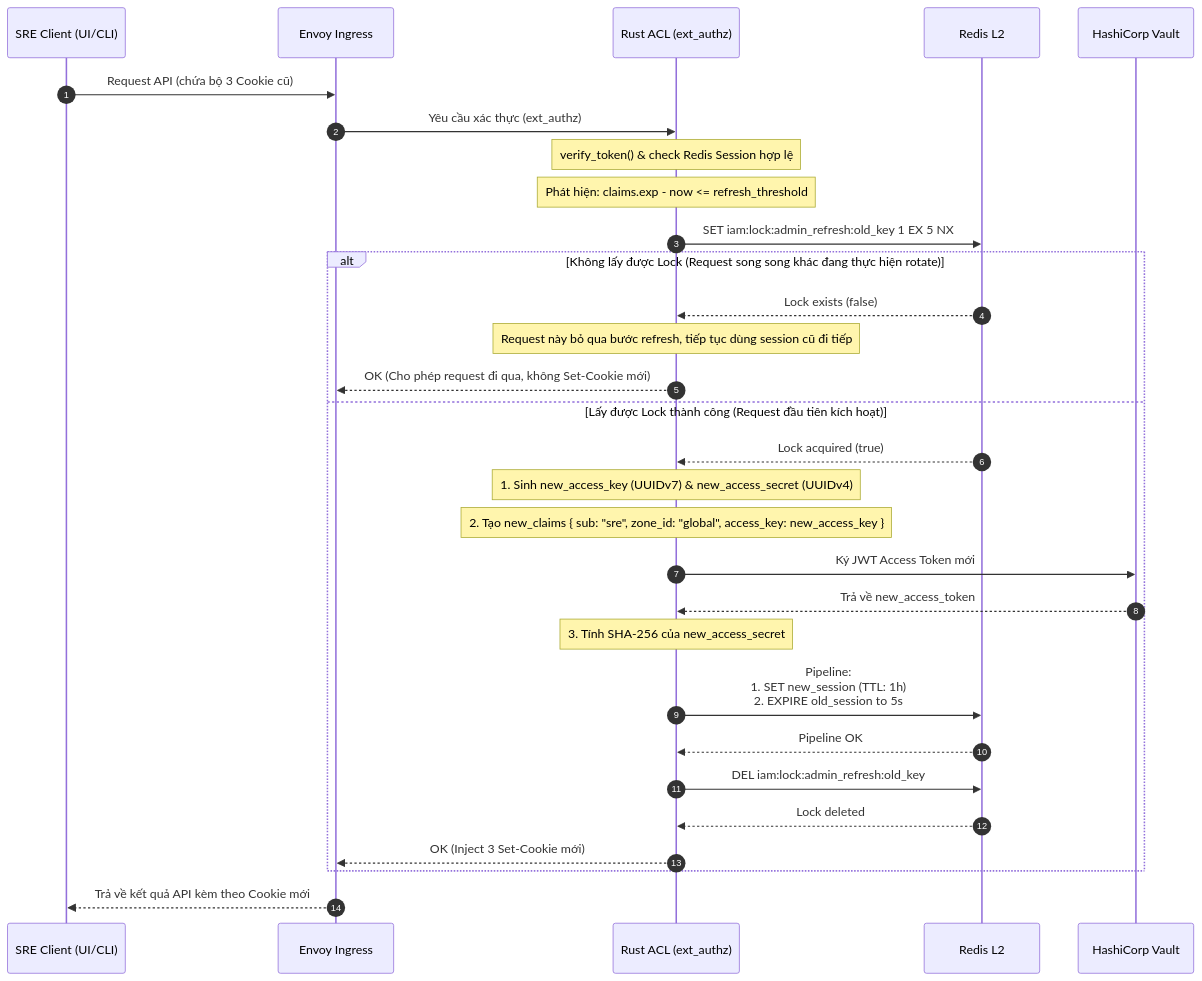
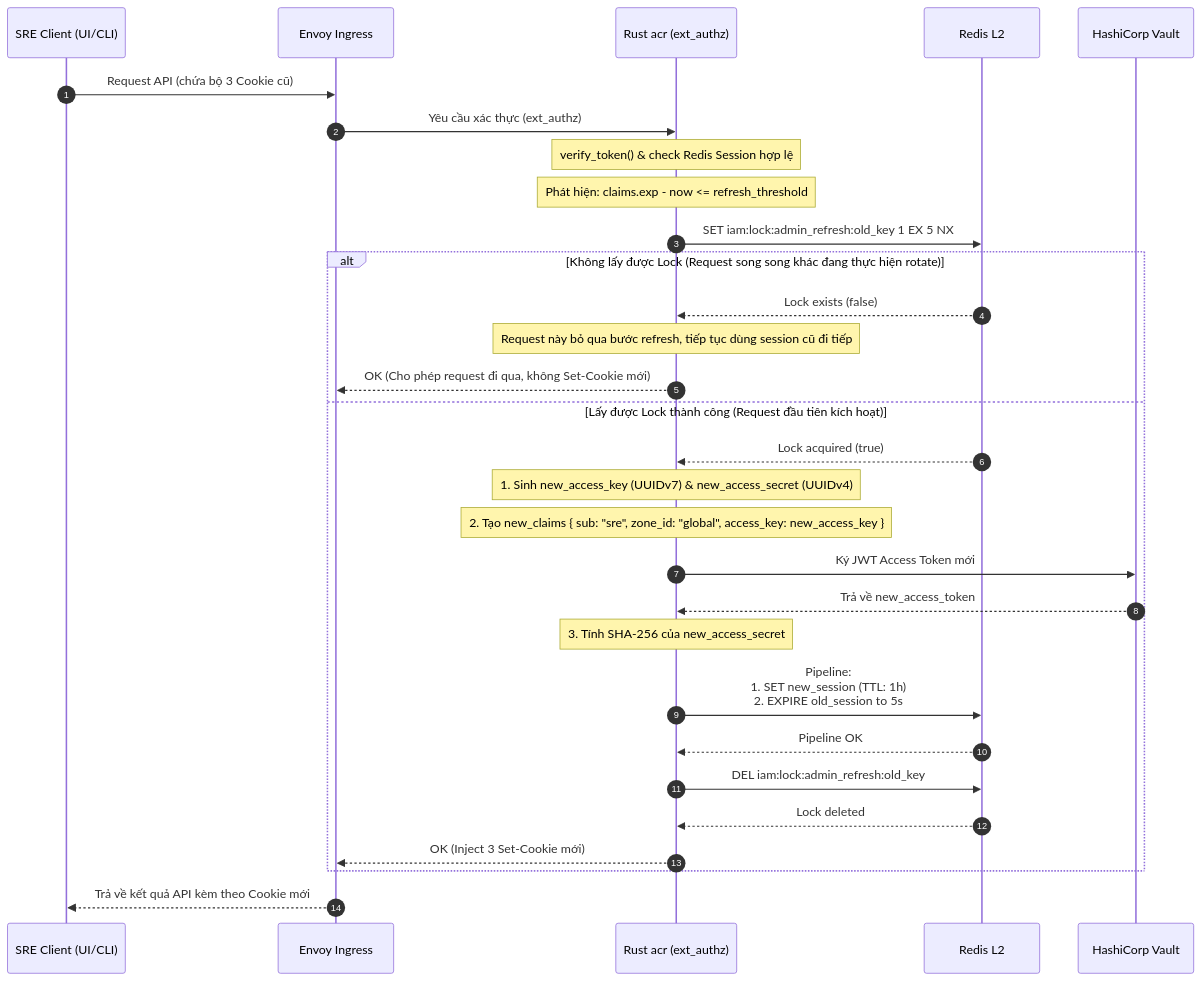
The second of 2 diagrams in god_view/acr/sre_sliding_session_god_view.md (phucle996/aurora), drawn with Mermaid before and after one commit. The commit also changed other lines of this file and 72 other files, not shown here.

````diff
--- a/god_view/acr/sre_sliding_session_god_view.md
+++ b/god_view/acr/sre_sliding_session_god_view.md
@@ -66,41 +66,41 @@
 ```mermaid
 sequenceDiagram
     autonumber
     participant Client as SRE Client (UI/CLI)
     participant Envoy as Envoy Ingress
-    participant ACL as Rust ACL (ext_authz)
+    participant acr as Rust acr (ext_authz)
     participant Redis as Redis L2
     participant Vault as HashiCorp Vault
 
     Client->>Envoy: Request API (chứa bộ 3 Cookie cũ)
-    Envoy->>ACL: Yêu cầu xác thực (ext_authz)
+    Envoy->>acr: Yêu cầu xác thực (ext_authz)
     
-    Note over ACL: verify_token() & check Redis Session hợp lệ
-    Note over ACL: Phát hiện: claims.exp - now <= refresh_threshold
+    Note over acr: verify_token() & check Redis Session hợp lệ
+    Note over acr: Phát hiện: claims.exp - now <= refresh_threshold
     
-    ACL->>Redis: SET iam:lock:admin_refresh:old_key 1 EX 5 NX
+    acr->>Redis: SET iam:lock:admin_refresh:old_key 1 EX 5 NX
     
     alt Không lấy được Lock (Request song song khác đang thực hiện rotate)
-        Redis-->>ACL: Lock exists (false)
-        Note over ACL: Request này bỏ qua bước refresh, tiếp tục dùng session cũ đi tiếp
-        ACL-->>Envoy: OK (Cho phép request đi qua, không Set-Cookie mới)
+        Redis-->>acr: Lock exists (false)
+        Note over acr: Request này bỏ qua bước refresh, tiếp tục dùng session cũ đi tiếp
+        acr-->>Envoy: OK (Cho phép request đi qua, không Set-Cookie mới)
     else Lấy được Lock thành công (Request đầu tiên kích hoạt)
-        Redis-->>ACL: Lock acquired (true)
+        Redis-->>acr: Lock acquired (true)
         
-        Note over ACL: 1. Sinh new_access_key (UUIDv7) & new_access_secret (UUIDv4)
-        Note over ACL: 2. Tạo new_claims { sub: "sre", zone_id: "global", access_key: new_access_key }
-        ACL->>Vault: Ký JWT Access Token mới
-        Vault-->>ACL: Trả về new_access_token
+        Note over acr: 1. Sinh new_access_key (UUIDv7) & new_access_secret (UUIDv4)
+        Note over acr: 2. Tạo new_claims { sub: "sre", zone_id: "global", access_key: new_access_key }
+        acr->>Vault: Ký JWT Access Token mới
+        Vault-->>acr: Trả về new_access_token
         
-        Note over ACL: 3. Tính SHA-256 của new_access_secret
-        ACL->>Redis: Pipeline: <br>1. SET new_session (TTL: 1h) <br>2. EXPIRE old_session to 5s
-        Redis-->>ACL: Pipeline OK
+        Note over acr: 3. Tính SHA-256 của new_access_secret
+        acr->>Redis: Pipeline: <br>1. SET new_session (TTL: 1h) <br>2. EXPIRE old_session to 5s
+        Redis-->>acr: Pipeline OK
         
-        ACL->>Redis: DEL iam:lock:admin_refresh:old_key
-        Redis-->>ACL: Lock deleted
+        acr->>Redis: DEL iam:lock:admin_refresh:old_key
+        Redis-->>acr: Lock deleted
         
-        ACL-->>Envoy: OK (Inject 3 Set-Cookie mới)
+        acr-->>Envoy: OK (Inject 3 Set-Cookie mới)
     end
     
     Envoy-->>Client: Trả về kết quả API kèm theo Cookie mới
 ```
````
